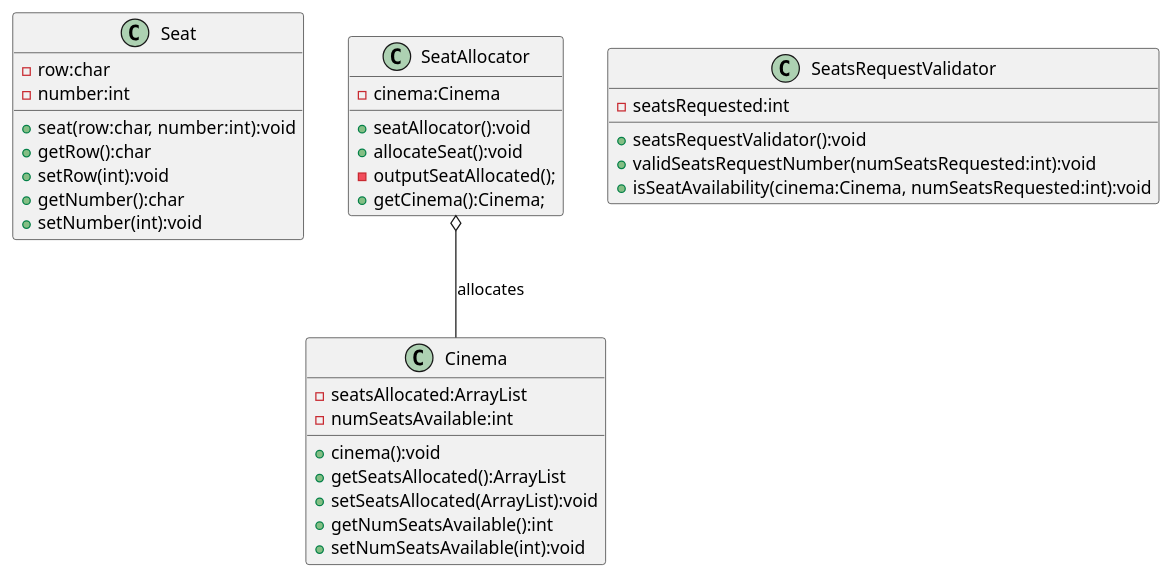
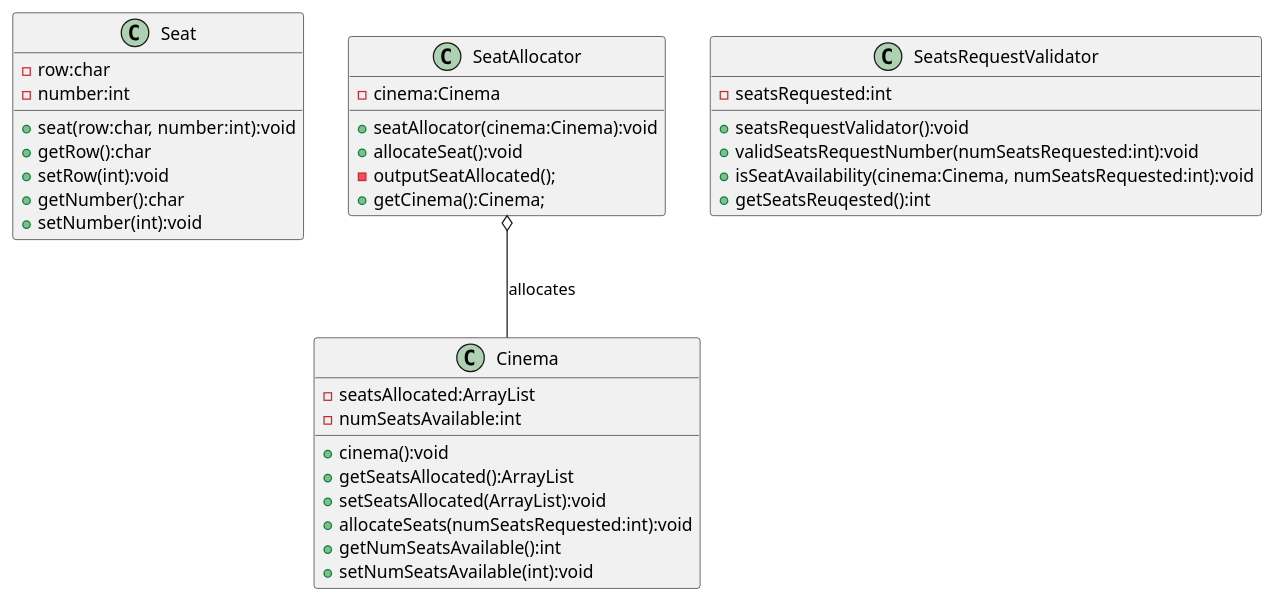
The diagram in src/main/cinnamoncinemasuml/CinnamonCinemas.puml (mel4782gh/CinnamonCinemas), drawn with PlantUML before and after one commit. The commit also changed 7 other files, not shown here.

```diff
--- a/src/main/cinnamoncinemasuml/CinnamonCinemas.puml
+++ b/src/main/cinnamoncinemasuml/CinnamonCinemas.puml
@@ -1,46 +1,48 @@
 @startuml
 'https://plantuml.com/class-diagram
 
 
 class Seat{
 -row:char
 -number:int
 +seat(row:char, number:int):void
 +getRow():char
 +setRow(int):void
 +getNumber():char
 +setNumber(int):void
 }
 
 
 class Cinema{
 -seatsAllocated:ArrayList
 -numSeatsAvailable:int
 
 +cinema():void
 +getSeatsAllocated():ArrayList
 +setSeatsAllocated(ArrayList):void
++allocateSeats(numSeatsRequested:int):void
 +getNumSeatsAvailable():int
 +setNumSeatsAvailable(int):void
 }
 
 SeatAllocator o-- Cinema :"allocates"
 class SeatAllocator{
 -cinema:Cinema
 
-+seatAllocator():void
++seatAllocator(cinema:Cinema):void
 +allocateSeat():void
 -outputSeatAllocated();
 +getCinema():Cinema;
 }
 
 class SeatsRequestValidator{
 -seatsRequested:int
 
 +seatsRequestValidator():void
 +validSeatsRequestNumber(numSeatsRequested:int):void
 +isSeatAvailability(cinema:Cinema, numSeatsRequested:int):void
++getSeatsReuqested():int
 }
 
 
 @enduml
```
